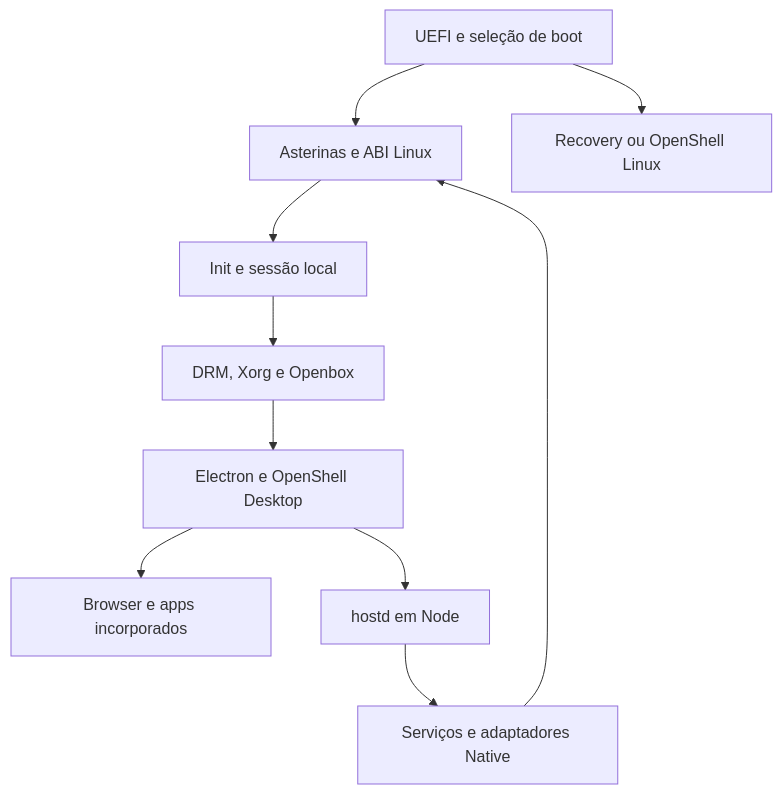
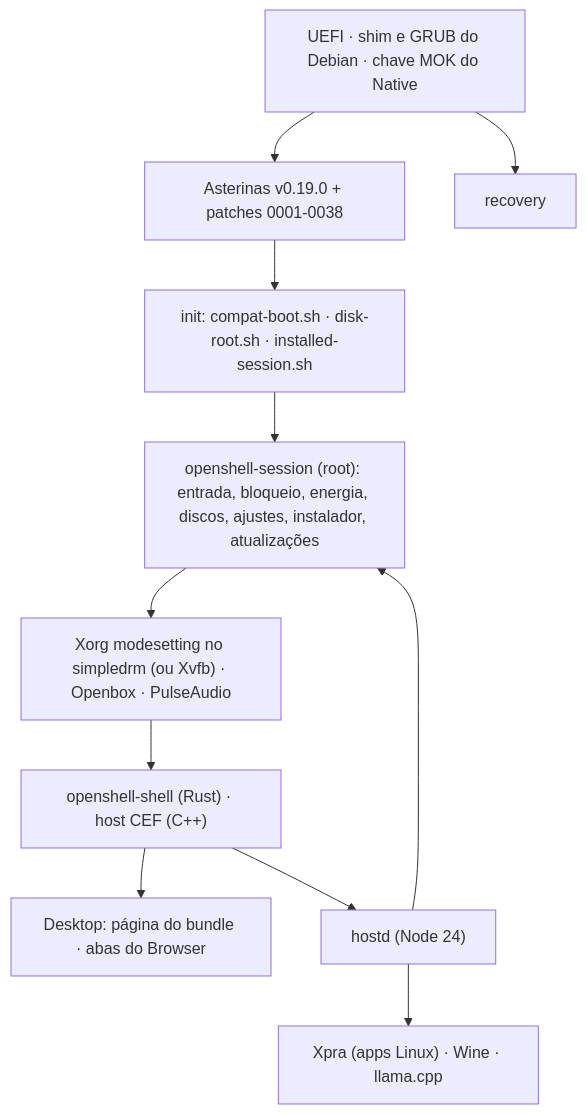
The diagram in ARCHITECTURE.md (apreviato/openshell-native-kernel), drawn with Mermaid before and after one commit. The commit also changed other lines of this file and 25 other files, not shown here.

````diff
--- a/ARCHITECTURE.md
+++ b/ARCHITECTURE.md
@@ -25,12 +9,13 @@
 ```mermaid
 flowchart TD
-    Boot["UEFI e seleção de boot"] --> Kernel["Asterinas e ABI Linux"]
-    Kernel --> Init["Init e sessão local"]
-    Init --> X["DRM, Xorg e Openbox"]
-    X --> Electron["Electron e OpenShell Desktop"]
-    Electron --> Guest["Browser e apps incorporados"]
-    Electron --> Host["hostd em Node"]
-    Host --> Platform["Serviços e adaptadores Native"]
-    Platform --> Kernel
-    Boot --> Recovery["Recovery ou OpenShell Linux"]
+    Firmware["UEFI · shim e GRUB do Debian · chave MOK do Native"] --> Kernel["Asterinas v0.19.0 + patches 0001-0038"]
+    Kernel --> Init["init: compat-boot.sh · disk-root.sh · installed-session.sh"]
+    Init --> Supervisor["openshell-session (root): entrada, bloqueio, energia, discos, ajustes, instalador, atualizações"]
+    Supervisor --> X["Xorg modesetting no simpledrm (ou Xvfb) · Openbox · PulseAudio"]
+    X --> Shell["openshell-shell (Rust) · host CEF (C++)"]
+    Shell --> Desktop["Desktop: página do bundle · abas do Browser"]
+    Shell --> Hostd["hostd (Node 24)"]
+    Hostd --> Apps["Xpra (apps Linux) · Wine · llama.cpp"]
+    Hostd --> Supervisor
+    Firmware --> Recovery["recovery"]
 ```
````
